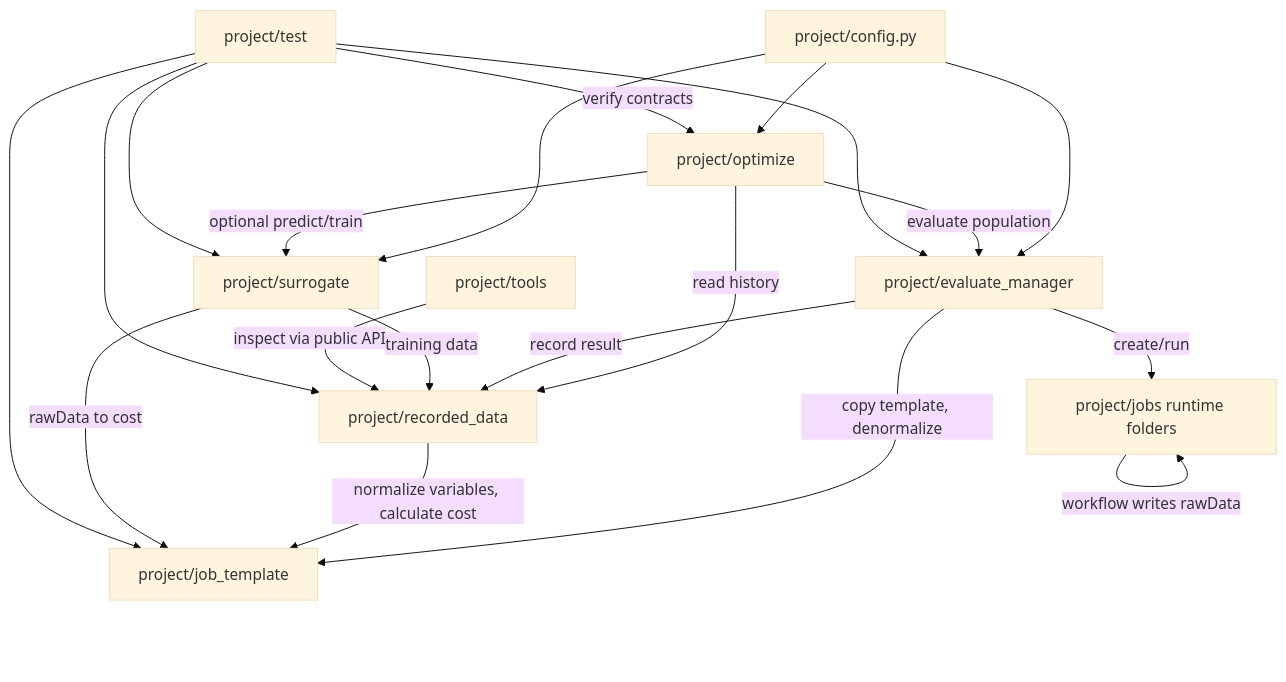
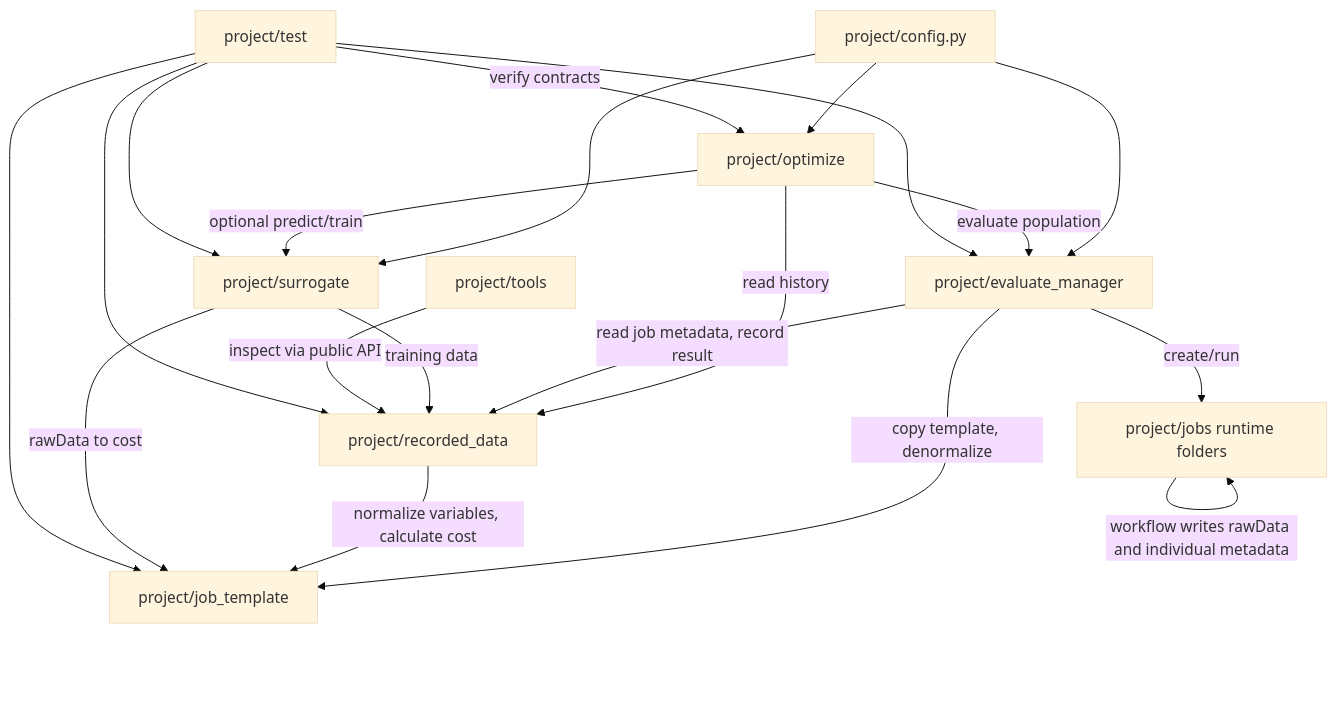
One commit to YS-Pan/yadof changed the diagram in architecture/c4_container.md. Above: the diagram before and after it, drawn with Mermaid (base theme). The commit also changed other lines of this file and 35 other files, not shown here.

Commit message:
Refactor individual metadata recording

````diff
--- a/architecture/c4_container.md
+++ b/architecture/c4_container.md
@@ -5,26 +5,26 @@
 ```mermaid
 flowchart TD
     Config["project/config.py"] --> Optimize["project/optimize"]
     Config --> Evaluate["project/evaluate_manager"]
     Config --> Surrogate["project/surrogate"]
 
     Optimize -->|evaluate population| Evaluate
     Optimize -->|read history| Recorded["project/recorded_data"]
     Optimize -->|optional predict/train| Surrogate
 
     Evaluate -->|copy template, denormalize| Template["project/job_template"]
     Evaluate -->|create/run| Jobs["project/jobs runtime folders"]
-    Jobs -->|workflow writes rawData| Jobs
-    Evaluate -->|record result| Recorded
+    Jobs -->|workflow writes rawData and individual metadata| Jobs
+    Evaluate -->|read job metadata, record result| Recorded
 
     Recorded -->|normalize variables, calculate cost| Template
     Surrogate -->|training data| Recorded
     Surrogate -->|rawData to cost| Template
 
     Tools["project/tools"] -->|inspect via public API| Recorded
     Tests["project/test"] -->|verify contracts| Optimize
     Tests --> Evaluate
     Tests --> Template
     Tests --> Recorded
     Tests --> Surrogate
 ```
````
